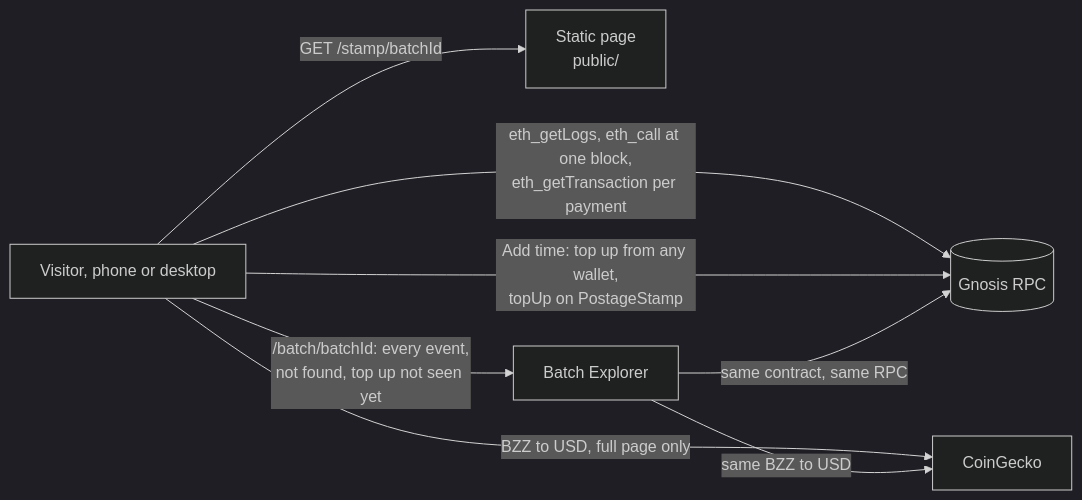
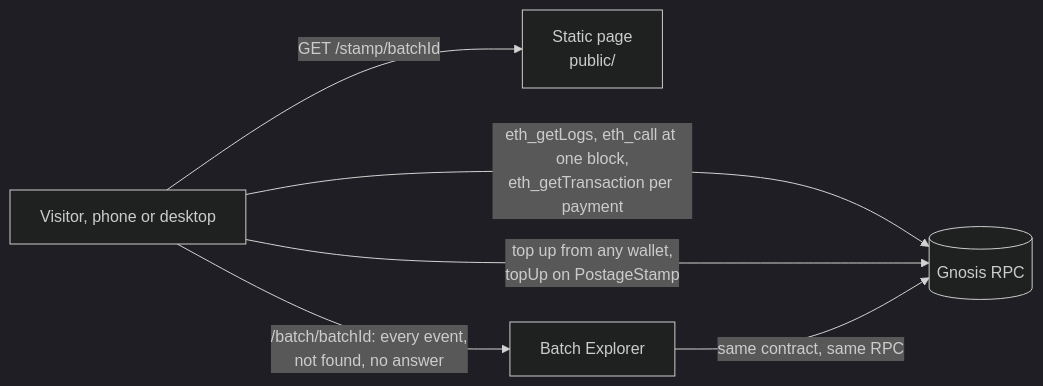
Before and after one commit to tonytony32/stamptime: the second of 2 diagrams in README.md, drawn with Mermaid (dark theme). The commit also changed other lines of this file and 6 other files, not shown here.

````diff
--- a/README.md
+++ b/README.md
@@ -112,10 +111,8 @@
 ```mermaid
 flowchart LR
   V[Visitor, phone or desktop] -->|GET /stamp/batchId| S[Static page<br/>public/]
   V -->|eth_getLogs, eth_call at one block,<br/>eth_getTransaction per payment| G[(Gnosis RPC)]
-  V -->|BZZ to USD, full page only| P[CoinGecko]
-  V -->|Add time: top up from any wallet,<br/>topUp on PostageStamp| G
-  V -->|/batch/batchId: every event,<br/>not found, top up not seen yet| E[Batch Explorer]
+  V -->|top up from any wallet,<br/>topUp on PostageStamp| G
+  V -->|/batch/batchId: every event,<br/>not found, no answer| E[Batch Explorer]
   E -->|same contract, same RPC| G
-  E -->|same BZZ to USD| P
 ```
````
